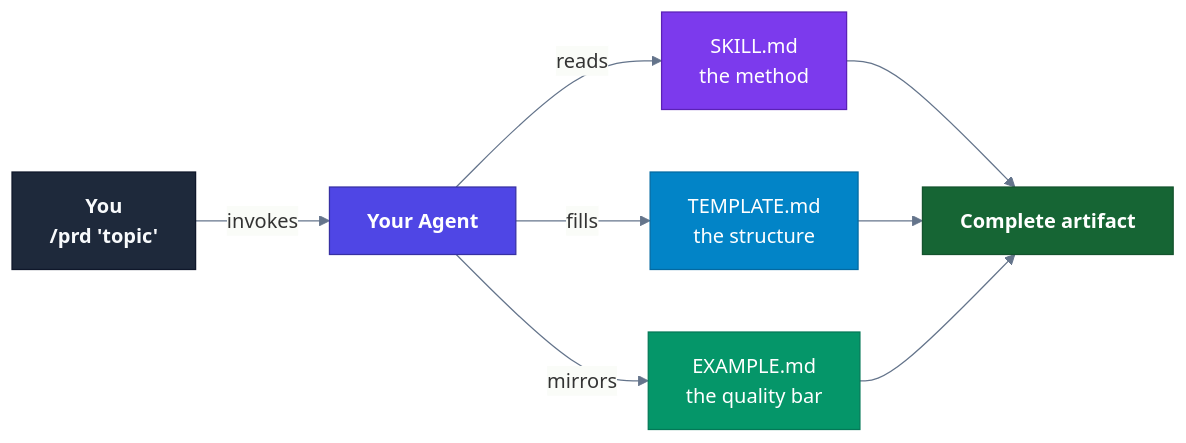
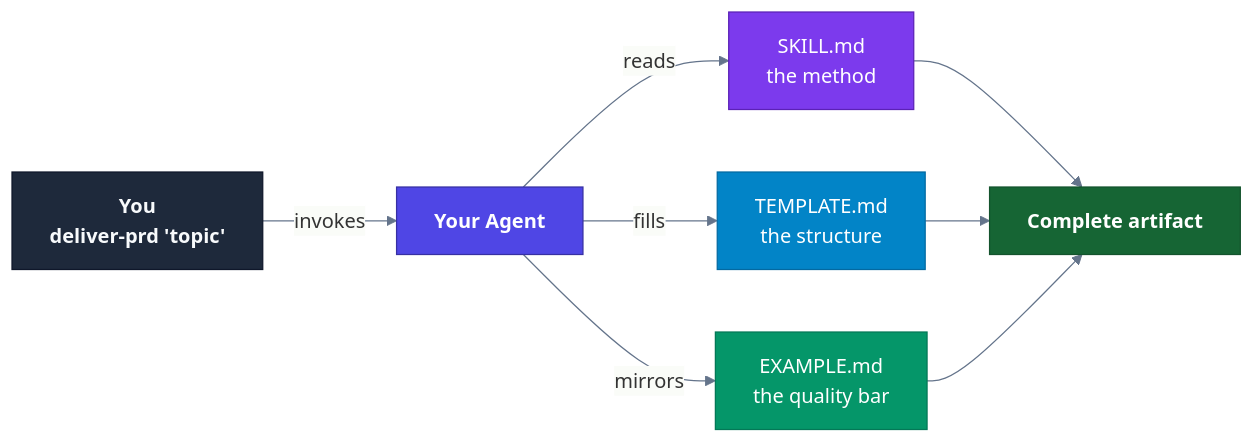
One commit to product-on-purpose/pm-skills changed the second of 6 diagrams in README.md. Above: the diagram before and after it, drawn with Mermaid. The commit also changed other lines of this file and 187 other files, not shown here.

````diff
--- a/README.md
+++ b/README.md
@@ -468,25 +468,25 @@
 ```mermaid
 %%{init: {'theme': 'base', 'themeVariables': {'primaryColor': '#f8fafc', 'primaryBorderColor': '#cbd5e1', 'lineColor': '#64748b'}}}%%
 flowchart LR
     classDef user fill:#1e293b,stroke:#0f172a,color:#f8fafc,font-weight:bold
     classDef agent fill:#4f46e5,stroke:#3730a3,color:#fff,font-weight:bold
     classDef skillFile fill:#7c3aed,stroke:#5b21b6,color:#fff
     classDef templateFile fill:#0284c7,stroke:#0369a1,color:#fff
     classDef exampleFile fill:#059669,stroke:#047857,color:#fff
     classDef output fill:#166534,stroke:#14532d,color:#fff,font-weight:bold
 
-    User["You<br/>/prd 'topic'"]:::user
+    User["You<br/>deliver-prd 'topic'"]:::user
     Agent["Your Agent"]:::agent
     SKILL["SKILL.md<br/>the method"]:::skillFile
     TEMPLATE["TEMPLATE.md<br/>the structure"]:::templateFile
     EXAMPLE["EXAMPLE.md<br/>the quality bar"]:::exampleFile
     Output["Complete artifact"]:::output
 
     User -- invokes --> Agent
     Agent -- reads --> SKILL
     Agent -- fills --> TEMPLATE
     Agent -- mirrors --> EXAMPLE
     SKILL --> Output
     TEMPLATE --> Output
     EXAMPLE --> Output
 ```
````
